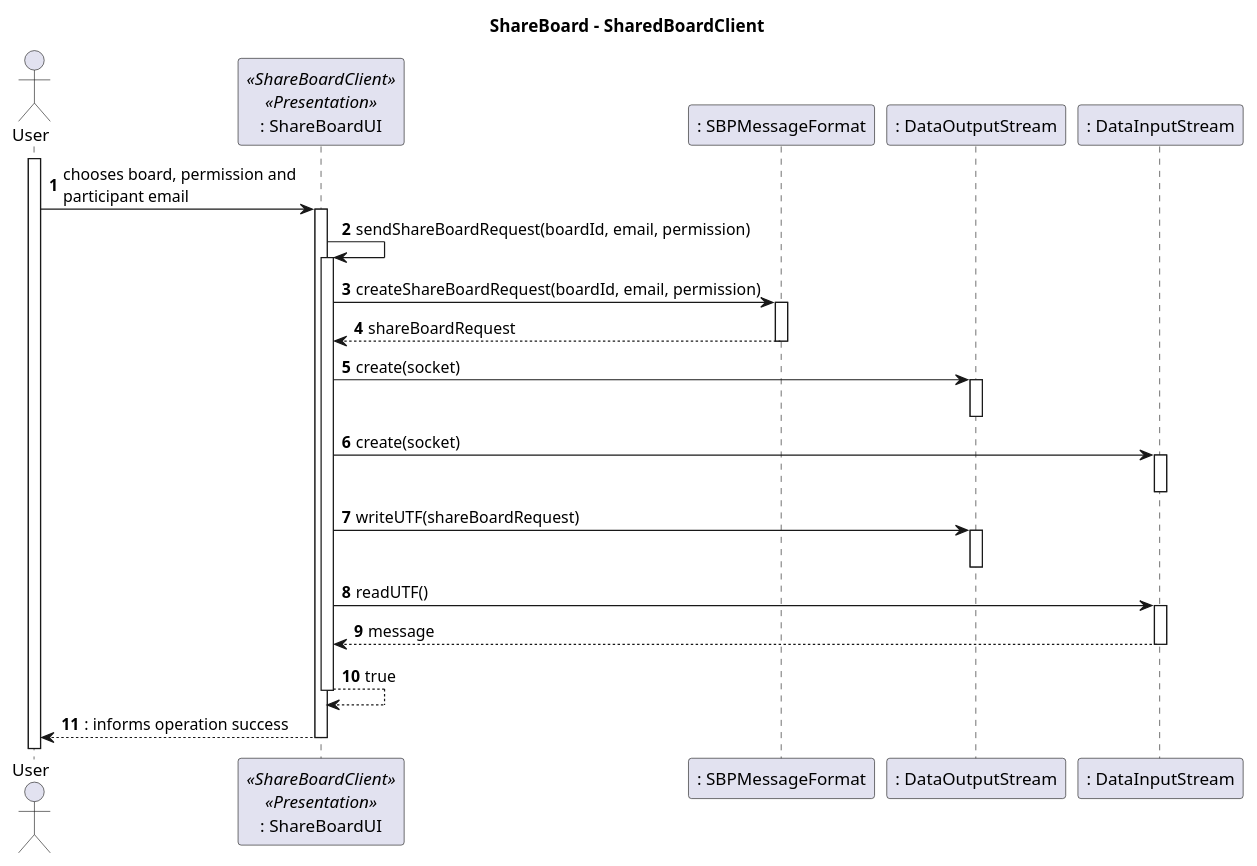
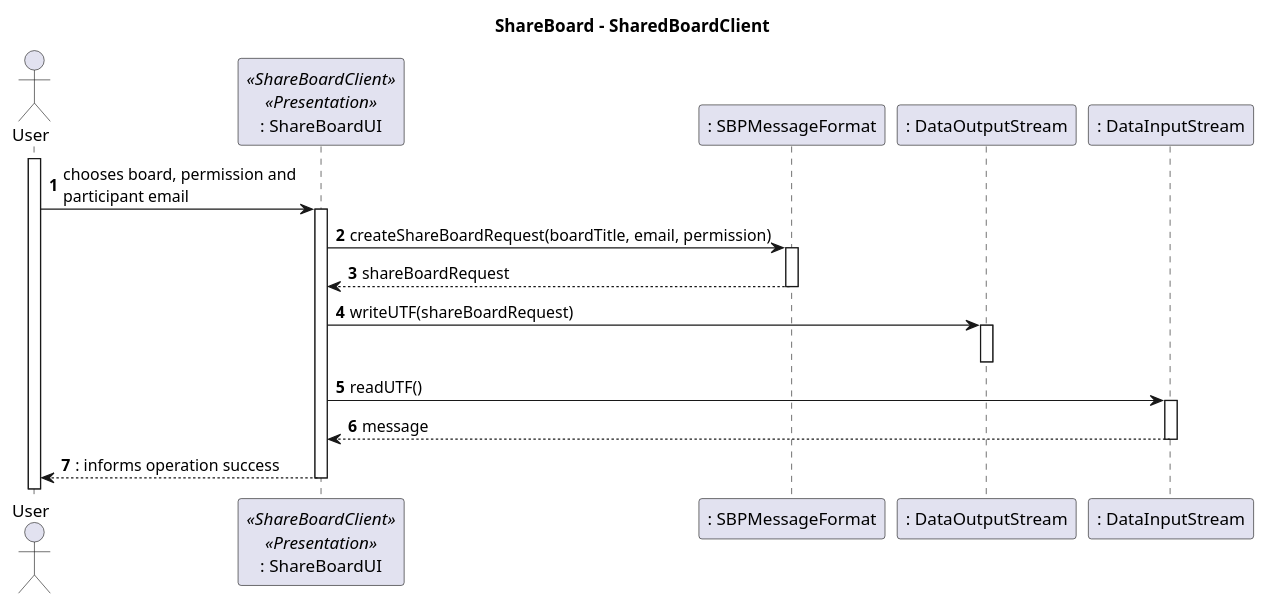
Before and after one commit to Marco-Nobrega-Andrade/sem4pi_22_23: the diagram in docs/Sprint_C/us_3004/us_3004_SD_SharedBoardClient.puml, drawn with PlantUML. The commit also changed 4 other files, not shown here.

```diff
--- a/docs/Sprint_C/us_3004/us_3004_SD_SharedBoardClient.puml
+++ b/docs/Sprint_C/us_3004/us_3004_SD_SharedBoardClient.puml
@@ -1,35 +1,28 @@
 @startuml
 autonumber
 title ShareBoard - SharedBoardClient
 
 actor "User" as User
 
 participant ": ShareBoardUI" as UI <<ShareBoardClient>> <<Presentation>>
 participant ": SBPMessageFormat" as SBPF
 participant ": DataOutputStream" as DOS
 participant ": DataInputStream" as DIS
 activate User
 User -> UI : chooses board, permission and \nparticipant email
 activate UI
 
-UI -> UI : sendShareBoardRequest(boardId, email, permission)
-activate UI
-UI -> SBPF : createShareBoardRequest(boardId, email, permission)
+
+UI -> SBPF : createShareBoardRequest(boardTitle, email, permission)
 activate SBPF
 return shareBoardRequest
-UI -> DOS : create(socket)
-activate DOS
-deactivate DOS
-UI -> DIS : create(socket)
-activate DIS
-deactivate DIS
+
 UI -> DOS : writeUTF(shareBoardRequest)
 activate DOS
 deactivate DOS
 UI -> DIS : readUTF()
 activate DIS
 return message
-return true
 return : informs operation success
 deactivate UI
 @enduml
```
